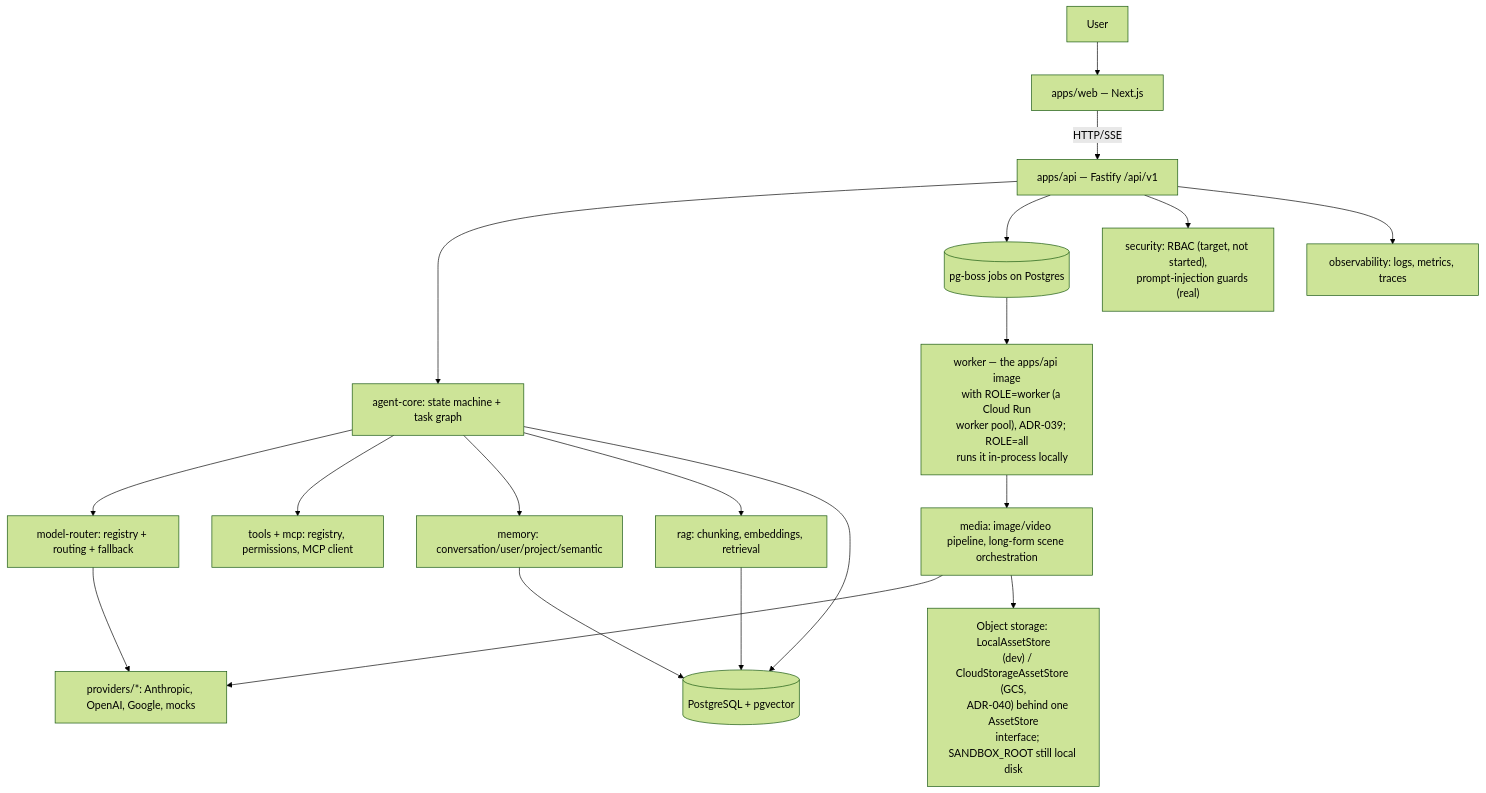
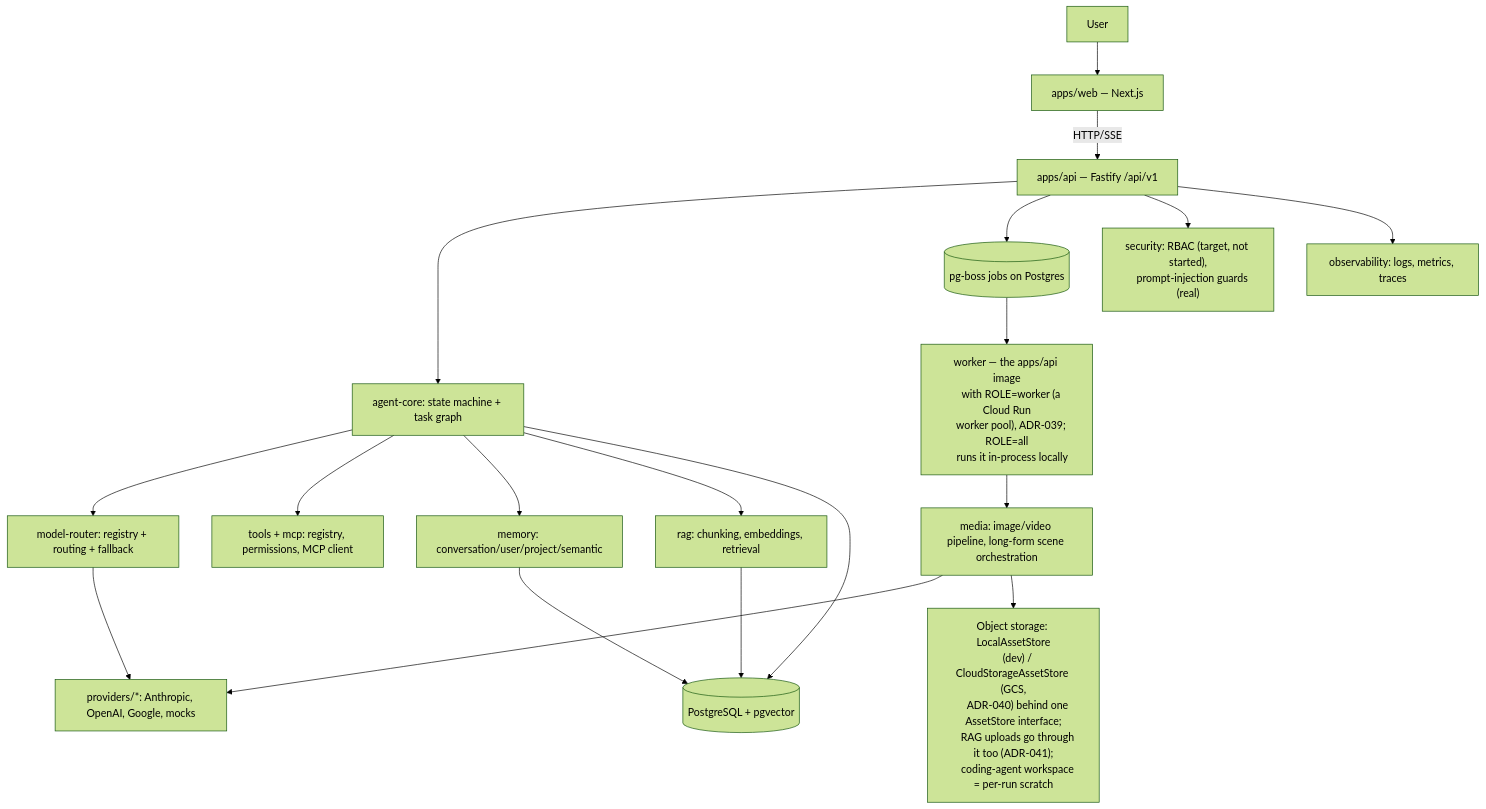
One commit to zolex12770/Smart-AI-Module changed the diagram in docs/30_FINAL_SYSTEM_SPEC.md. Above: the diagram before and after it, drawn with Mermaid (forest theme). The commit also changed other lines of this file and 28 other files, not shown here.

````diff
--- a/docs/30_FINAL_SYSTEM_SPEC.md
+++ b/docs/30_FINAL_SYSTEM_SPEC.md
@@ -11,28 +11,29 @@
 ```mermaid
 flowchart TD
   user[User] --> web[apps/web — Next.js]
   web -->|HTTP/SSE| api[apps/api — Fastify /api/v1]
   api --> agentcore[agent-core: state machine + task graph]
   agentcore --> router[model-router: registry + routing + fallback]
   router --> providers[providers/*: Anthropic, OpenAI, Google, mocks]
   agentcore --> tools[tools + mcp: registry, permissions, MCP client]
   agentcore --> memory[memory: conversation/user/project/semantic]
   agentcore --> rag[rag: chunking, embeddings, retrieval]
   api --> jobs[(pg-boss jobs on Postgres)]
   jobs --> worker["worker — the apps/api image
     with ROLE=worker (a Cloud Run
     worker pool), ADR-039; ROLE=all
     runs it in-process locally"]
   worker --> media[media: image/video pipeline, long-form scene orchestration]
   media --> providers
   memory --> db[(PostgreSQL + pgvector)]
   rag --> db
   agentcore --> db
   media --> storage["Object storage: LocalAssetStore
     (dev) / CloudStorageAssetStore (GCS,
-    ADR-040) behind one AssetStore
-    interface; SANDBOX_ROOT still local disk"]
+    ADR-040) behind one AssetStore interface;
+    RAG uploads go through it too (ADR-041);
+    coding-agent workspace = per-run scratch"]
   api --> security["security: RBAC (target, not started),
     prompt-injection guards (real)"]
   api --> observability[observability: logs, metrics, traces]
 ```
````
